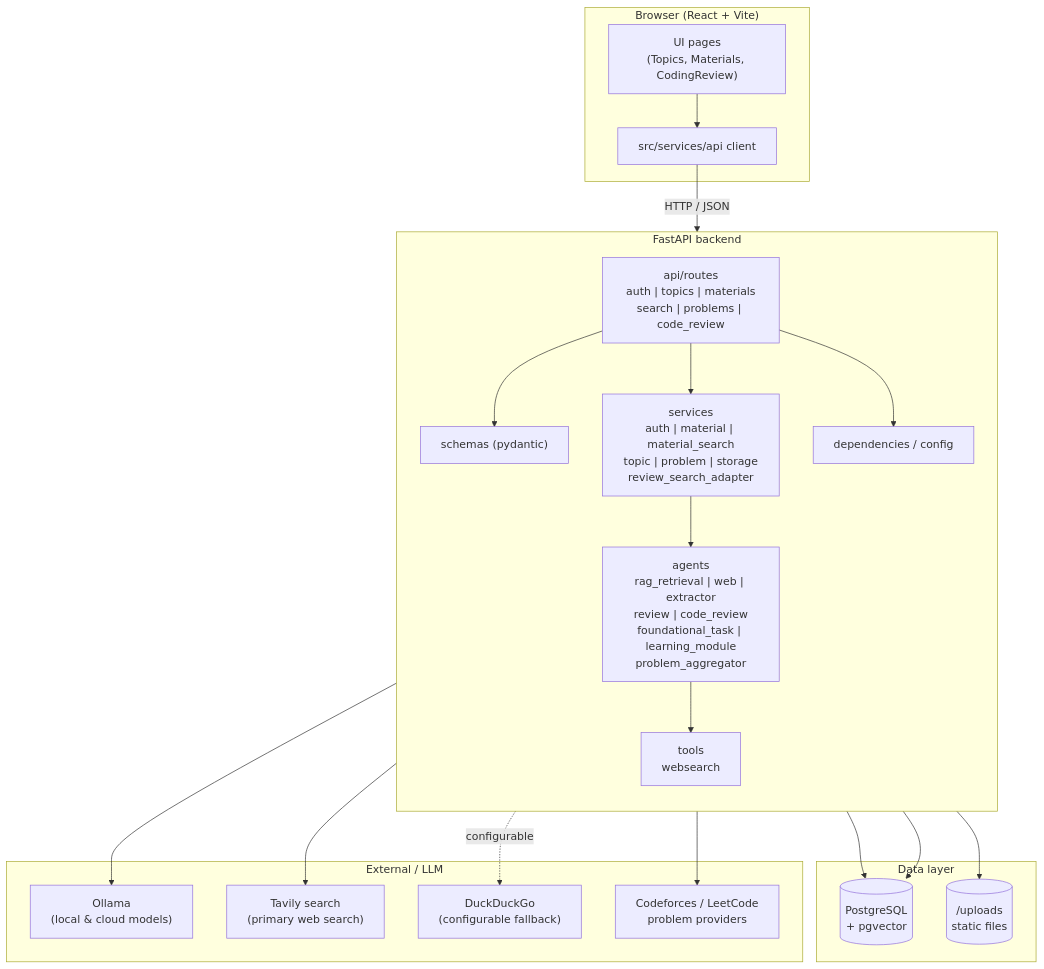
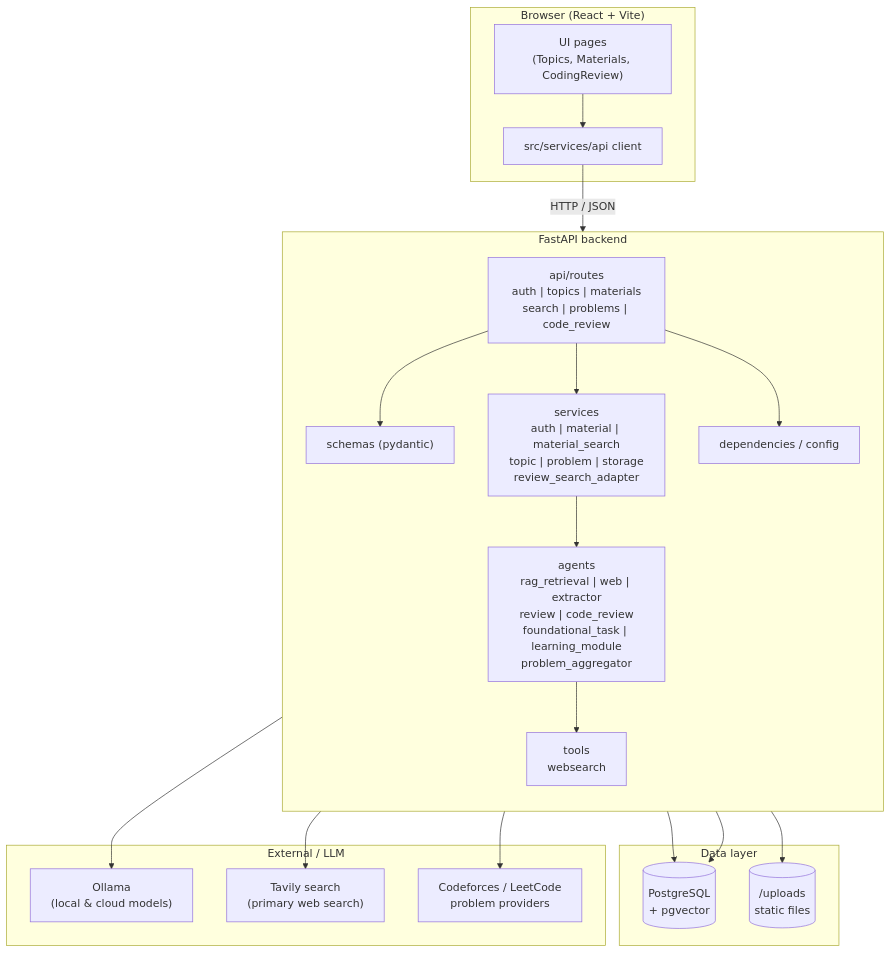
The second of 3 diagrams in docs/diagrams/UML.md (dianadd03/Apollo---Agentic-Educational-Platform), drawn with Mermaid before and after one commit.

````diff
--- a/docs/diagrams/UML.md
+++ b/docs/diagrams/UML.md
@@ -204,44 +204,42 @@
 ```mermaid
 flowchart TB
     subgraph Client["Browser (React + Vite)"]
         UI["UI pages<br/>(Topics, Materials, CodingReview)"]
         APIClient["src/services/api client"]
     end
 
     subgraph Backend["FastAPI backend"]
         direction TB
         Routes["api/routes<br/>auth | topics | materials<br/>search | problems | code_review"]
         Services["services<br/>auth | material | material_search<br/>topic | problem | storage<br/>review_search_adapter"]
         Agents["agents<br/>rag_retrieval | web | extractor<br/>review | code_review<br/>foundational_task | learning_module<br/>problem_aggregator"]
         Tools["tools<br/>websearch"]
         Schemas["schemas (pydantic)"]
         Deps["dependencies / config"]
     end
 
     subgraph Data["Data layer"]
         DB[("PostgreSQL<br/>+ pgvector")]
         Uploads[("/uploads<br/>static files")]
     end
 
     subgraph External["External / LLM"]
         Ollama["Ollama<br/>(local & cloud models)"]
         Tavily["Tavily search<br/>(primary web search)"]
-        DDG["DuckDuckGo<br/>(configurable fallback)"]
         Codeforces["Codeforces / LeetCode<br/>problem providers"]
     end
 
     UI --> APIClient
     APIClient -->|HTTP / JSON| Routes
     Routes --> Schemas
     Routes --> Services
     Routes --> Deps
     Services --> Agents
     Services --> DB
     Agents --> Tools
     Agents --> DB
     Tools --> Tavily
-    Tools -.->|configurable| DDG
     Agents --> Ollama
     Agents --> Codeforces
     Routes --> Uploads
 ```
````
